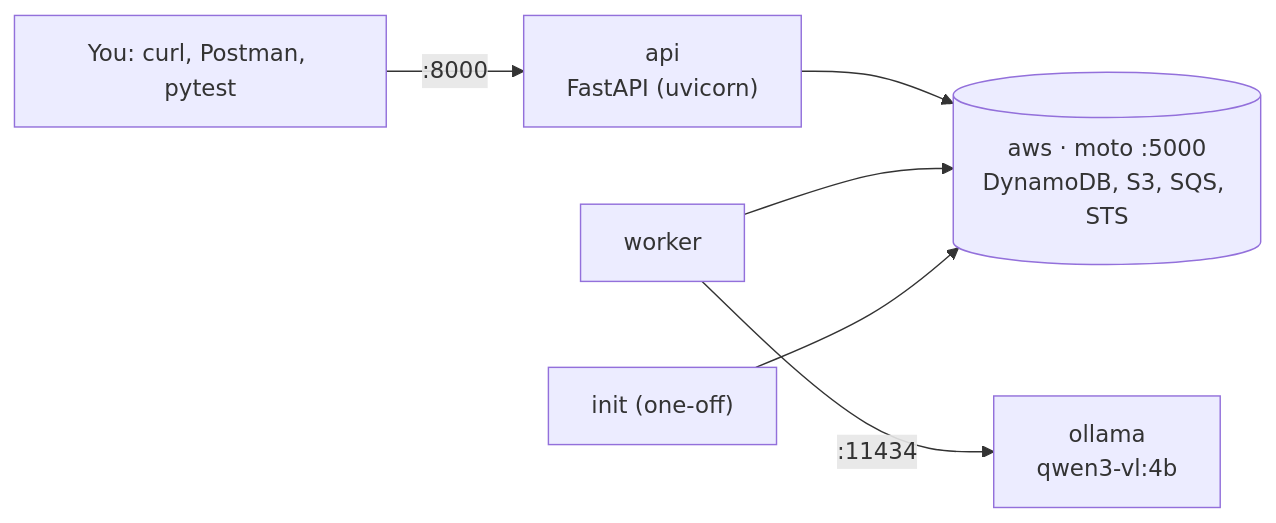
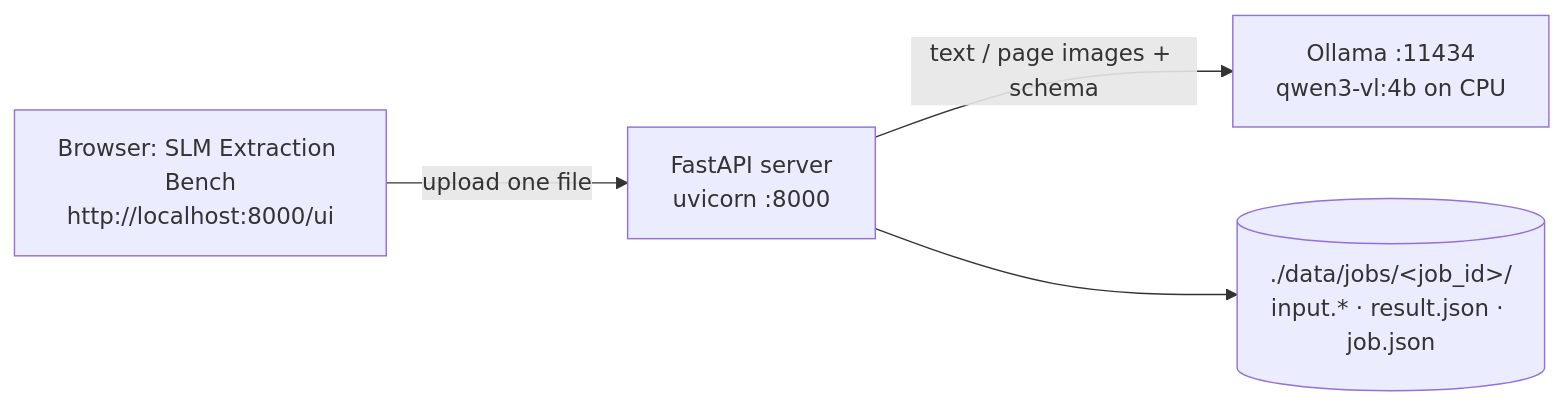
Before and after one commit to GayashanSameera/slm-fintech: the diagram in docs/local-setup.md, drawn with Mermaid. The commit also changed other lines of this file and 62 other files, not shown here.

````diff
--- a/docs/local-setup.md
+++ b/docs/local-setup.md
@@ -328,8 +328,6 @@
 ```mermaid
 flowchart LR
-  DEV["You: curl, Postman, pytest"] -->|":8000"| API["api<br/>FastAPI (uvicorn)"]
-  API --> AWS[("aws · moto :5000<br/>DynamoDB, S3, SQS, STS")]
-  WK["worker"] --> AWS
-  WK -->|":11434"| OL["ollama<br/>qwen3-vl:4b"]
-  INIT["init (one-off)"] --> AWS
+  UI["Browser: SLM Extraction Bench<br/>http://localhost:8000/ui"] -->|"upload one file"| API["FastAPI server<br/>uvicorn :8000"]
+  API -->|"text / page images + schema"| OL["Ollama :11434<br/>qwen3-vl:4b on CPU"]
+  API --> DATA[("./data/jobs/&lt;job_id&gt;/<br/>input.* · result.json · job.json")]
 ```
````
